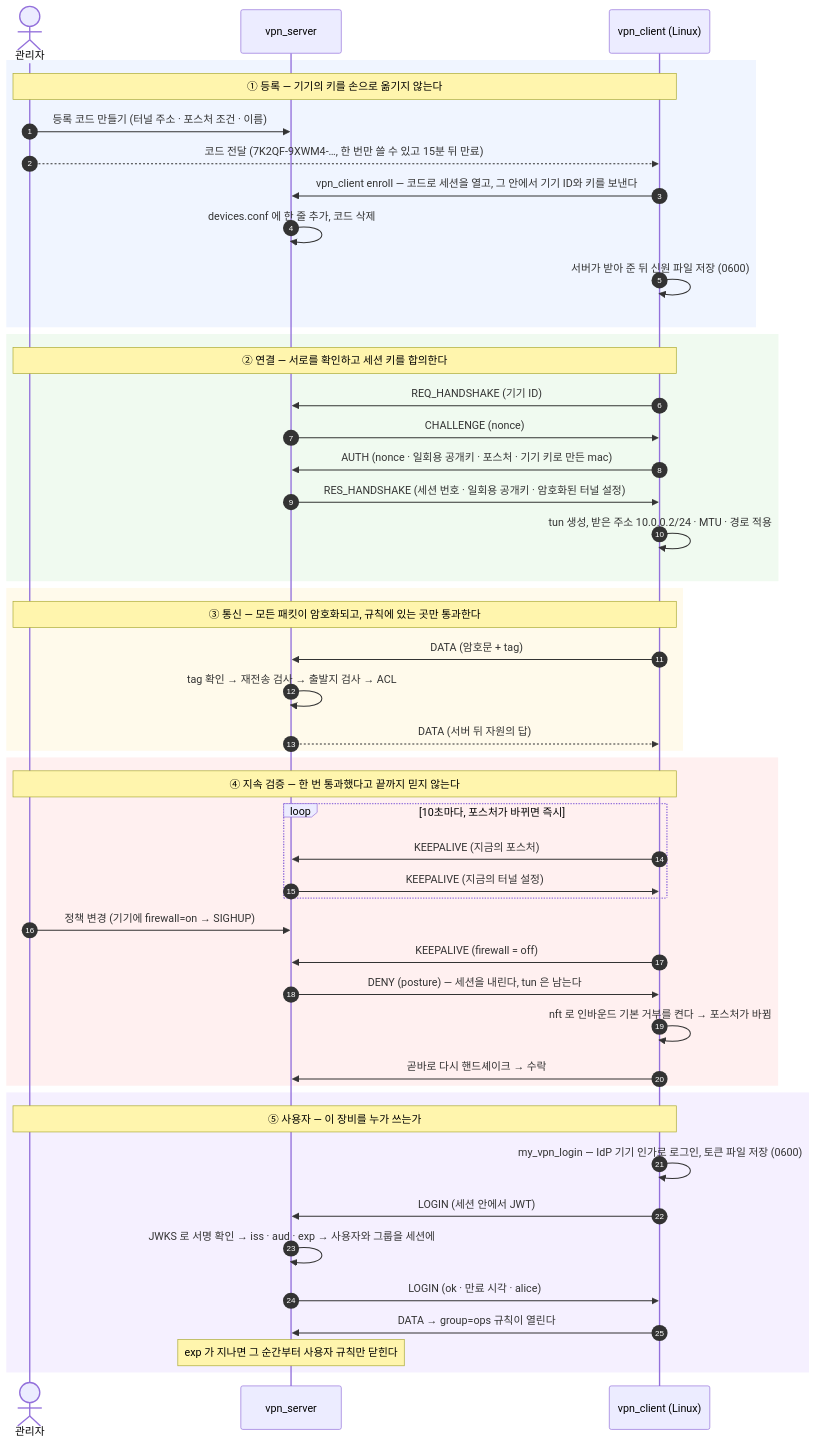
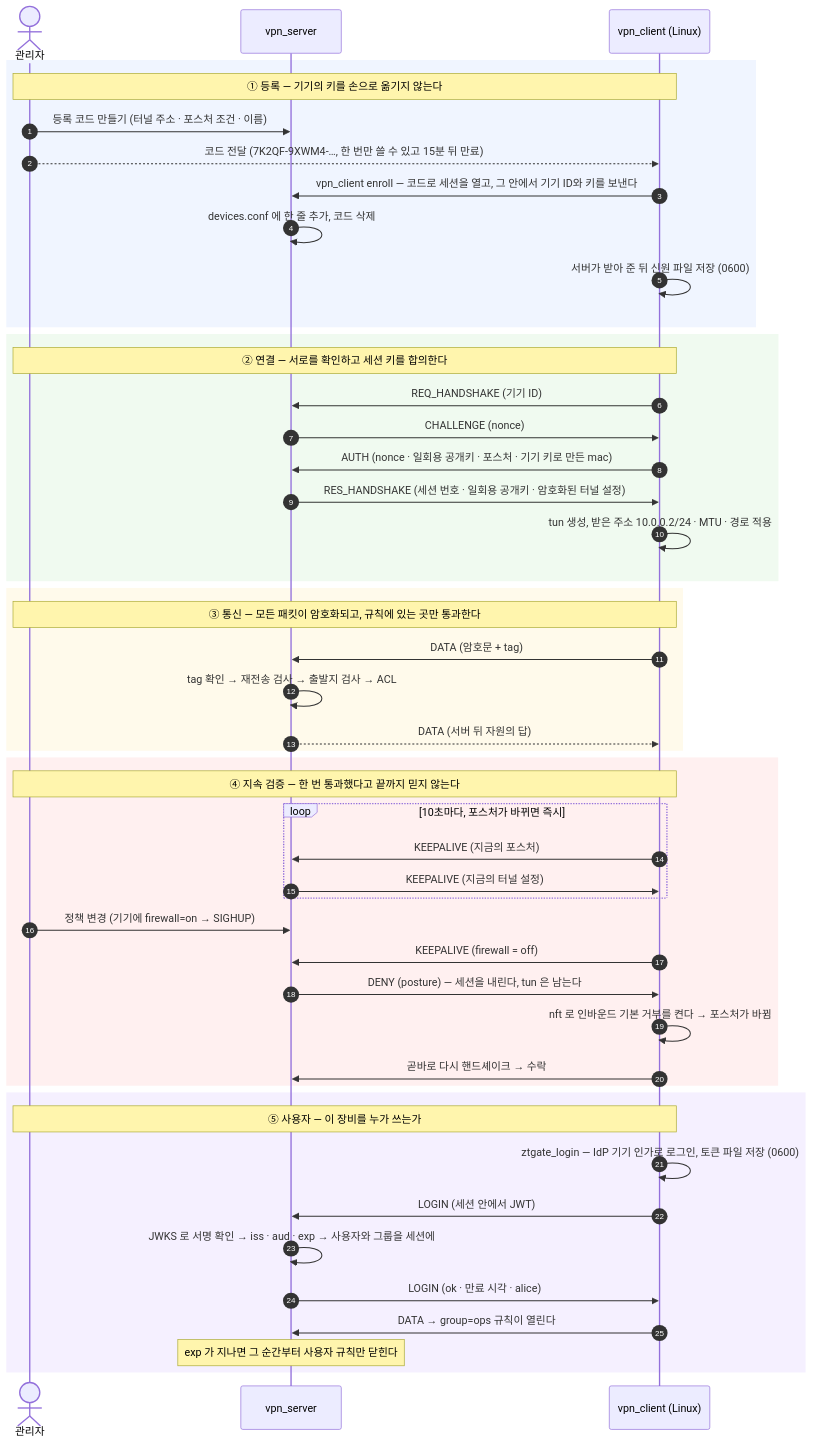
The second of 3 diagrams in README.md (k1msatgat/my_vpn), drawn with Mermaid before and after one commit. The commit also changed other lines of this file and 1 other file, not shown here.

First line of the commit message:
문서: README 와 CHANGELOG 를 ztgate, 0.6.0 으로

````diff
--- a/README.md
+++ b/README.md
@@ -405,55 +405,55 @@
 ```mermaid
 sequenceDiagram
     autonumber
     actor A as 관리자
     participant S as vpn_server
     participant C as vpn_client (Linux)
 
     rect rgb(240, 245, 255)
     Note over A,C: ① 등록 — 기기의 키를 손으로 옮기지 않는다
     A->>S: 등록 코드 만들기 (터널 주소 · 포스처 조건 · 이름)
     A-->>C: 코드 전달 (7K2QF-9XWM4-…, 한 번만 쓸 수 있고 15분 뒤 만료)
     C->>S: vpn_client enroll — 코드로 세션을 열고, 그 안에서 기기 ID와 키를 보낸다
     S->>S: devices.conf 에 한 줄 추가, 코드 삭제
     C->>C: 서버가 받아 준 뒤 신원 파일 저장 (0600)
     end
 
     rect rgb(240, 250, 240)
     Note over A,C: ② 연결 — 서로를 확인하고 세션 키를 합의한다
     C->>S: REQ_HANDSHAKE (기기 ID)
     S->>C: CHALLENGE (nonce)
     C->>S: AUTH (nonce · 일회용 공개키 · 포스처 · 기기 키로 만든 mac)
     S->>C: RES_HANDSHAKE (세션 번호 · 일회용 공개키 · 암호화된 터널 설정)
     C->>C: tun 생성, 받은 주소 10.0.0.2/24 · MTU · 경로 적용
     end
 
     rect rgb(255, 250, 235)
     Note over A,C: ③ 통신 — 모든 패킷이 암호화되고, 규칙에 있는 곳만 통과한다
     C->>S: DATA (암호문 + tag)
     S->>S: tag 확인 → 재전송 검사 → 출발지 검사 → ACL
     S-->>C: DATA (서버 뒤 자원의 답)
     end
 
     rect rgb(255, 240, 240)
     Note over A,C: ④ 지속 검증 — 한 번 통과했다고 끝까지 믿지 않는다
     loop 10초마다, 포스처가 바뀌면 즉시
         C->>S: KEEPALIVE (지금의 포스처)
         S->>C: KEEPALIVE (지금의 터널 설정)
     end
     A->>S: 정책 변경 (기기에 firewall=on → SIGHUP)
     C->>S: KEEPALIVE (firewall = off)
     S->>C: DENY (posture) — 세션을 내린다, tun 은 남는다
     C->>C: nft 로 인바운드 기본 거부를 켠다 → 포스처가 바뀜
     C->>S: 곧바로 다시 핸드셰이크 → 수락
     end
 
     rect rgb(245, 240, 255)
     Note over A,C: ⑤ 사용자 — 이 장비를 누가 쓰는가
-    C->>C: my_vpn_login — IdP 기기 인가로 로그인, 토큰 파일 저장 (0600)
+    C->>C: ztgate_login — IdP 기기 인가로 로그인, 토큰 파일 저장 (0600)
     C->>S: LOGIN (세션 안에서 JWT)
     S->>S: JWKS 로 서명 확인 → iss · aud · exp → 사용자와 그룹을 세션에
     S->>C: LOGIN (ok · 만료 시각 · alice)
     C->>S: DATA → group=ops 규칙이 열린다
     Note over S: exp 가 지나면 그 순간부터 사용자 규칙만 닫힌다
     end
 ```
````
